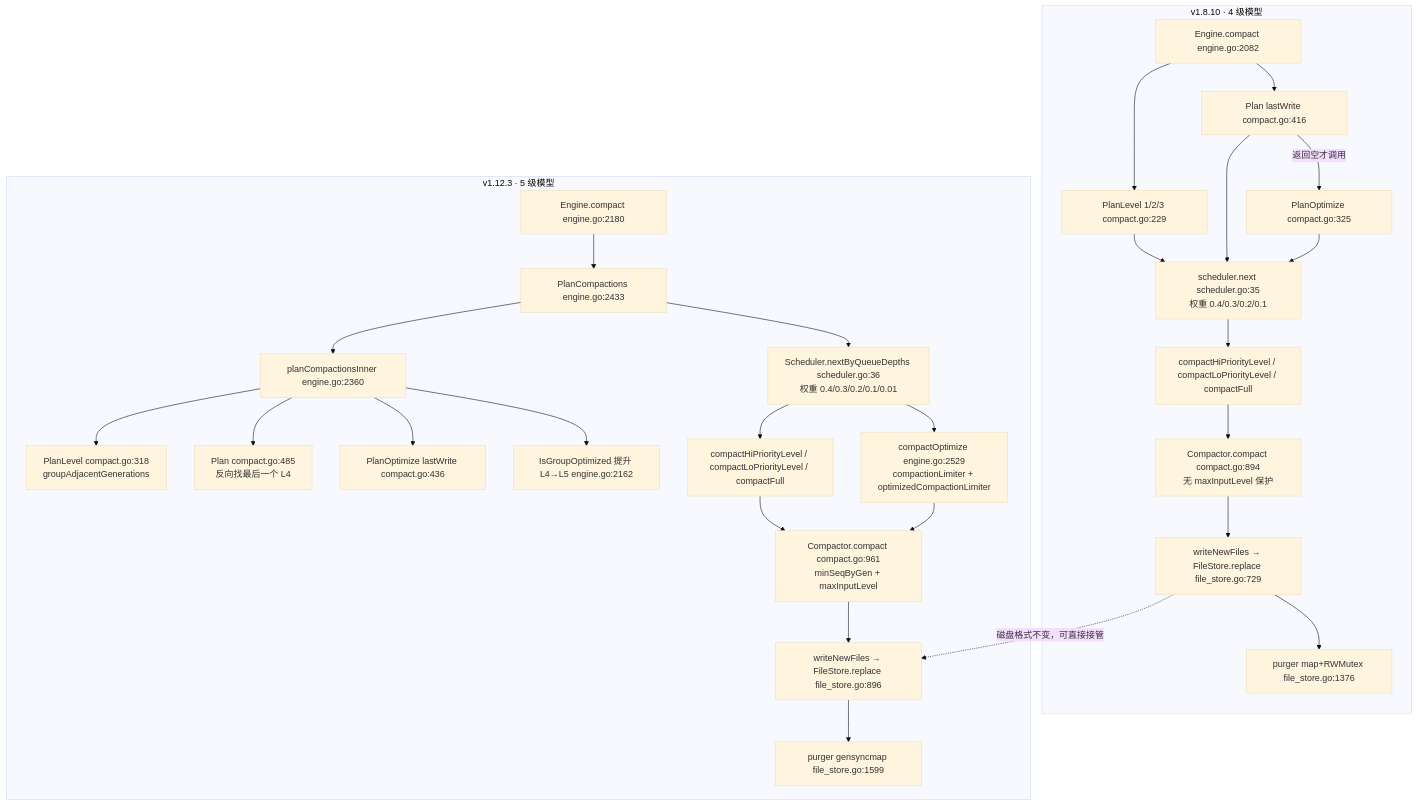
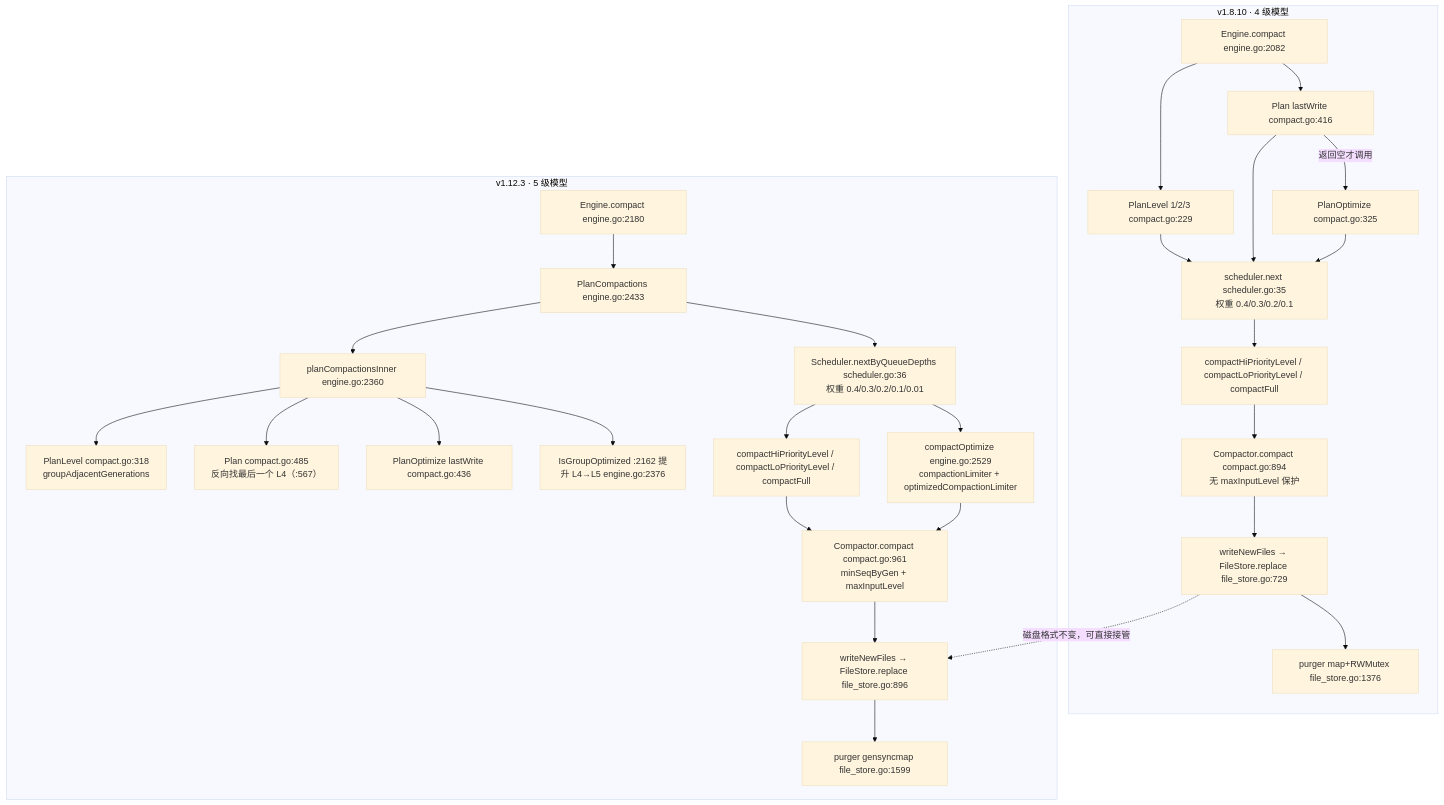
One commit to stefanv5/influxdb changed the first of 3 diagrams in docs/specs/v1.8.10-vs-v1.12.3/04_storage_compaction_diff.md. Above: the diagram before and after it, drawn with Mermaid (base theme). The commit also changed other lines of this file and 7 other files, not shown here.

First line of the commit message:
docs: fix code snippets and flows in the version-diff study

````diff
--- a/docs/specs/v1.8.10-vs-v1.12.3/04_storage_compaction_diff.md
+++ b/docs/specs/v1.8.10-vs-v1.12.3/04_storage_compaction_diff.md
@@ -57,33 +57,33 @@
 ```mermaid
 flowchart TB
     subgraph OLD["v1.8.10 · 4 级模型"]
         O1["Engine.compact engine.go:2082"] --> O2["PlanLevel 1/2/3 compact.go:229"]
         O1 --> O3["Plan lastWrite compact.go:416"]
         O3 -->|"返回空才调用"| O4["PlanOptimize compact.go:325"]
         O2 --> O5["scheduler.next scheduler.go:35<br/>权重 0.4/0.3/0.2/0.1"]
         O3 --> O5
         O4 --> O5
         O5 --> O6["compactHiPriorityLevel / compactLoPriorityLevel / compactFull"]
         O6 --> O7["Compactor.compact compact.go:894<br/>无 maxInputLevel 保护"]
         O7 --> O8["writeNewFiles → FileStore.replace file_store.go:729"]
         O8 --> O9["purger map+RWMutex file_store.go:1376"]
     end
 
     subgraph NEW["v1.12.3 · 5 级模型"]
         N1["Engine.compact engine.go:2180"] --> N2["PlanCompactions engine.go:2433"]
         N2 --> N3["planCompactionsInner engine.go:2360"]
         N3 --> N4["PlanLevel compact.go:318<br/>groupAdjacentGenerations"]
-        N3 --> N5["Plan compact.go:485<br/>反向找最后一个 L4"]
+        N3 --> N5["Plan compact.go:485<br/>反向找最后一个 L4（:567）"]
         N3 --> N6["PlanOptimize lastWrite compact.go:436"]
-        N3 --> N7["IsGroupOptimized 提升 L4→L5 engine.go:2162"]
+        N3 --> N7["IsGroupOptimized :2162 提升 L4→L5 engine.go:2376"]
         N2 --> N8["Scheduler.nextByQueueDepths scheduler.go:36<br/>权重 0.4/0.3/0.2/0.1/0.01"]
         N8 --> N9["compactHiPriorityLevel / compactLoPriorityLevel / compactFull"]
         N8 --> N10["compactOptimize engine.go:2529<br/>compactionLimiter + optimizedCompactionLimiter"]
         N9 --> N11["Compactor.compact compact.go:961<br/>minSeqByGen + maxInputLevel"]
         N10 --> N11
         N11 --> N12["writeNewFiles → FileStore.replace file_store.go:896"]
         N12 --> N13["purger gensyncmap file_store.go:1599"]
     end
 
     O8 -.->|"磁盘格式不变，可直接接管"| N12
 ```
````
